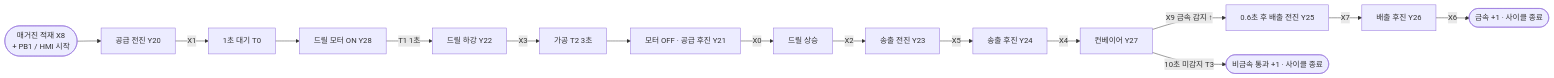
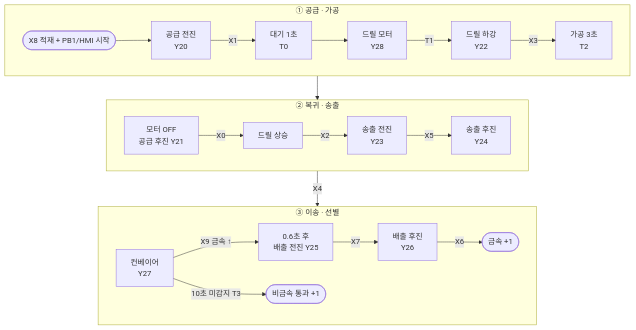
Before and after one commit to hoooni10099/PLC_HMI_Automation: the diagram in README.md, drawn with Mermaid.

Commit message:
README 공정 흐름도 가독성 개선
Claude-Session: https://claude.ai/code/session_01YbKWgwt8ZxibTmfCu99jyd

````diff
--- a/README.md
+++ b/README.md
@@ -65,17 +65,18 @@
 ```mermaid
-flowchart LR
-    A([매거진 적재 X8<br/>+ PB1 / HMI 시작]) --> B[공급 전진 Y20]
-    B -->|X1| C[1초 대기 T0]
-    C --> D[드릴 모터 ON Y28]
-    D -->|T1 1초| E[드릴 하강 Y22]
-    E -->|X3| F[가공 T2 3초]
-    F --> G[모터 OFF · 공급 후진 Y21]
-    G -->|X0| H[드릴 상승]
-    H -->|X2| I[송출 전진 Y23]
-    I -->|X5| J[송출 후진 Y24]
-    J -->|X4| K[컨베이어 Y27]
-    K -->|X9 금속 감지 ↑| L[0.6초 후 배출 전진 Y25]
-    L -->|X7| M[배출 후진 Y26]
-    M -->|X6| N([금속 +1 · 사이클 종료])
-    K -->|10초 미감지 T3| O([비금속 통과 +1 · 사이클 종료])
+flowchart TB
+    subgraph S1["① 공급 · 가공"]
+        direction LR
+        A([X8 적재 + PB1/HMI 시작]) --> B[공급 전진<br/>Y20] -->|X1| C[대기 1초<br/>T0] --> D[드릴 모터<br/>Y28] -->|T1| E[드릴 하강<br/>Y22] -->|X3| F[가공 3초<br/>T2]
+    end
+    subgraph S2["② 복귀 · 송출"]
+        direction LR
+        G[모터 OFF<br/>공급 후진 Y21] -->|X0| H[드릴 상승] -->|X2| I[송출 전진<br/>Y23] -->|X5| J[송출 후진<br/>Y24]
+    end
+    subgraph S3["③ 이송 · 선별"]
+        direction LR
+        K[컨베이어<br/>Y27] -->|X9 금속 ↑| L[0.6초 후<br/>배출 전진 Y25] -->|X7| M[배출 후진<br/>Y26] -->|X6| N([금속 +1])
+        K -->|10초 미감지 T3| O([비금속 통과 +1])
+    end
+    F --> G
+    J -->|X4| K
 ```
````
